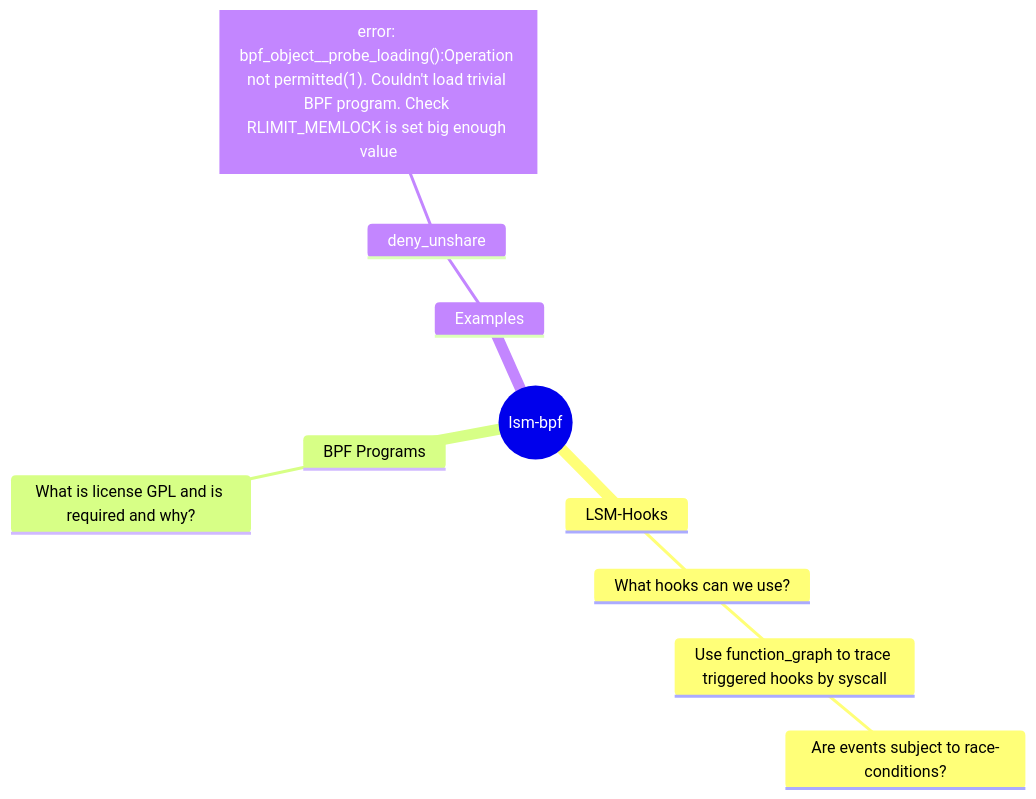
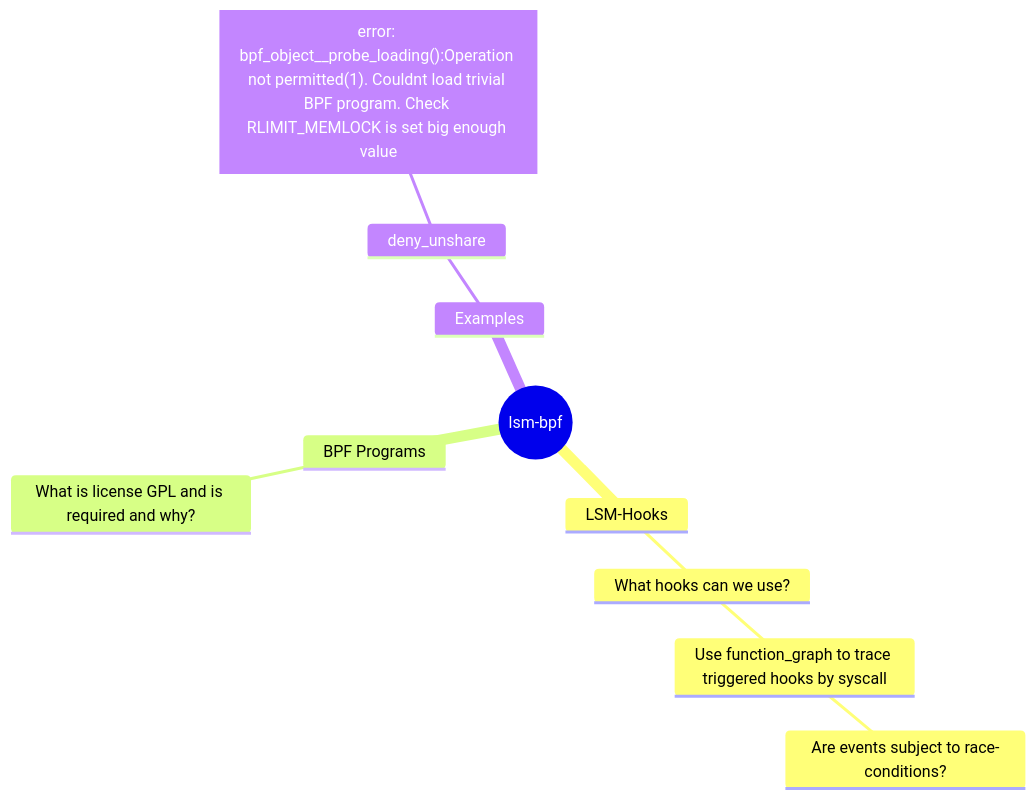
Before and after one commit to Turbodunker/lsm-bpf: the diagram in Questions:.md, drawn with Mermaid.

Commit message:
Updated Questions: (markdown)

````diff
--- a/Questions:.md
+++ b/Questions:.md
@@ -6,14 +6,14 @@
 ``` mermaid
     mindmap
         root((lsm-bpf))
             LSM-Hooks
                 What hooks can we use?
                     Use function_graph to trace triggered hooks by syscall
                         Are events subject to race-conditions?
             BPF Programs
                 What is license GPL and is required and why?
             Examples
                 deny_unshare
-                    id1["error: bpf_object__probe_loading():Operation not permitted(1). Couldn't load trivial BPF program. Check RLIMIT_MEMLOCK is set big enough value"]
+                    id1["error: bpf_object__probe_loading():Operation not permitted(1). Couldnt load trivial BPF program. Check RLIMIT_MEMLOCK is set big enough value"]
 
 ```
````
